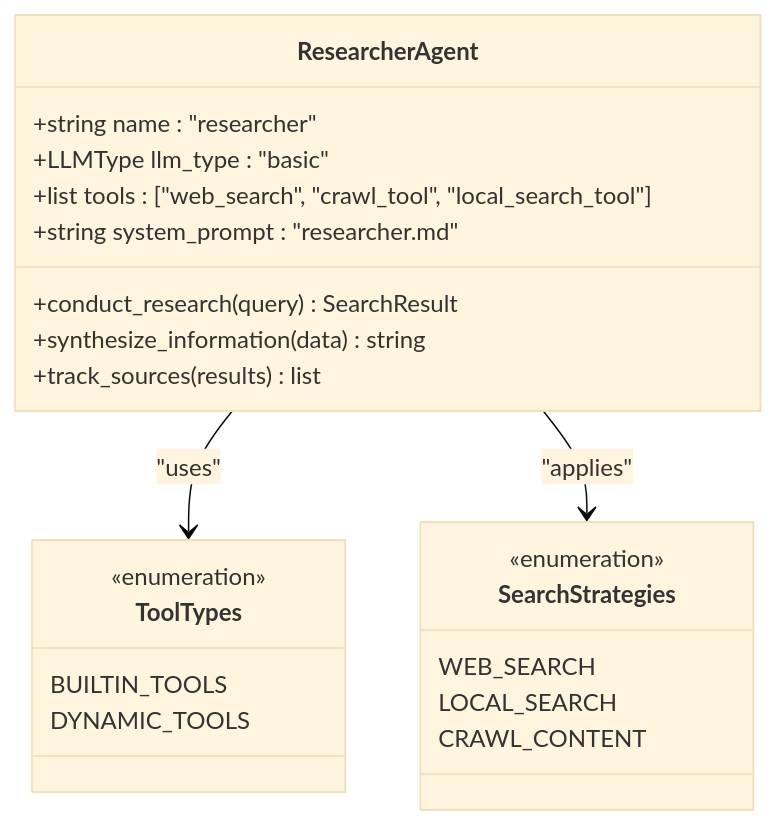
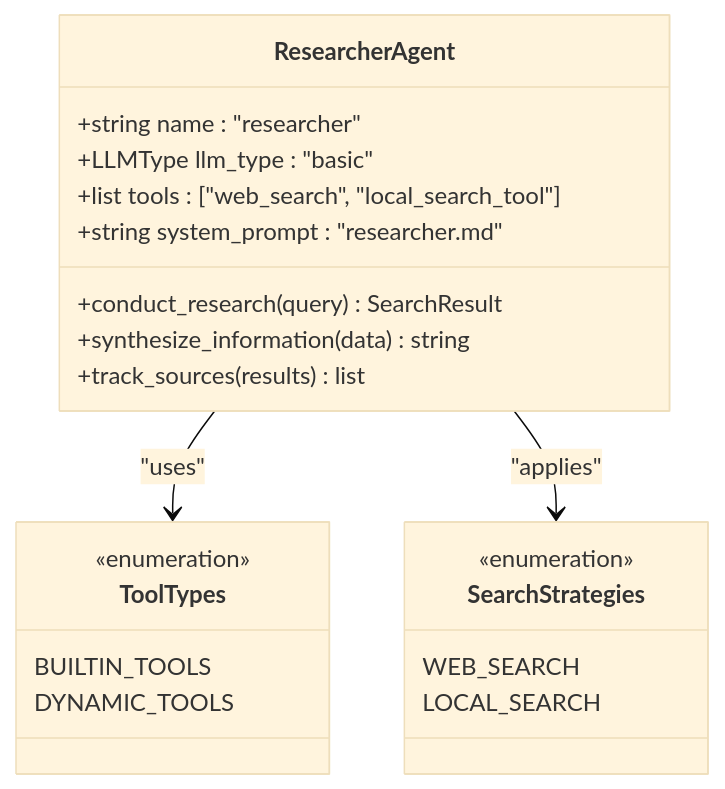
The sixth of 10 diagrams in .qoder/repowiki/zh/content/配置指南/智能体配置.md (zhangler1/deer-flow), drawn with Mermaid (base theme) before and after one commit. The commit also changed other lines of this file and 15 other files, not shown here.

````diff
--- a/.qoder/repowiki/zh/content/配置指南/智能体配置.md
+++ b/.qoder/repowiki/zh/content/配置指南/智能体配置.md
@@ -264,25 +272,24 @@
 ```mermaid
 classDiagram
 class ResearcherAgent {
 +string name : "researcher"
 +LLMType llm_type : "basic"
-+list tools : ["web_search", "crawl_tool", "local_search_tool"]
++list tools : ["web_search", "local_search_tool"]
 +string system_prompt : "researcher.md"
 +conduct_research(query) SearchResult
 +synthesize_information(data) string
 +track_sources(results) list
 }
 class ToolTypes {
 <<enumeration>>
 BUILTIN_TOOLS
 DYNAMIC_TOOLS
 }
 class SearchStrategies {
 <<enumeration>>
 WEB_SEARCH
 LOCAL_SEARCH
-CRAWL_CONTENT
 }
 ResearcherAgent --> ToolTypes : "uses"
 ResearcherAgent --> SearchStrategies : "applies"
 ```
````
